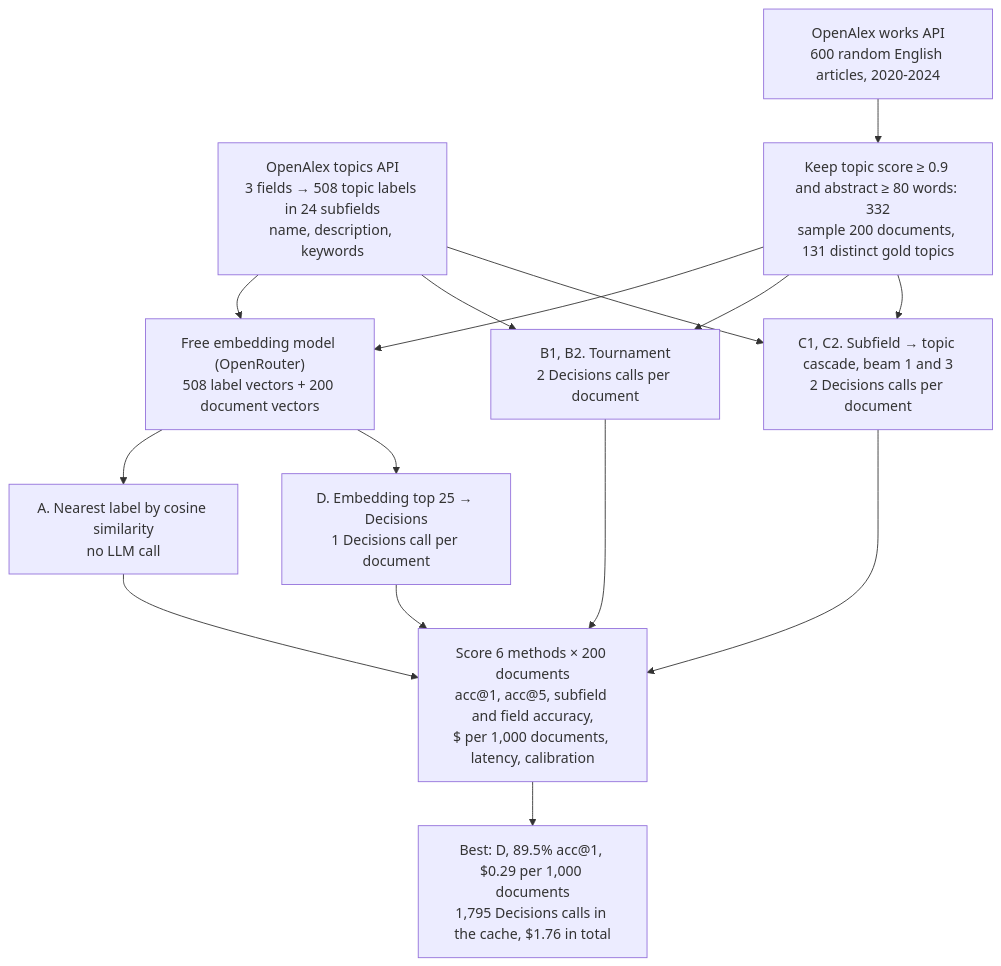
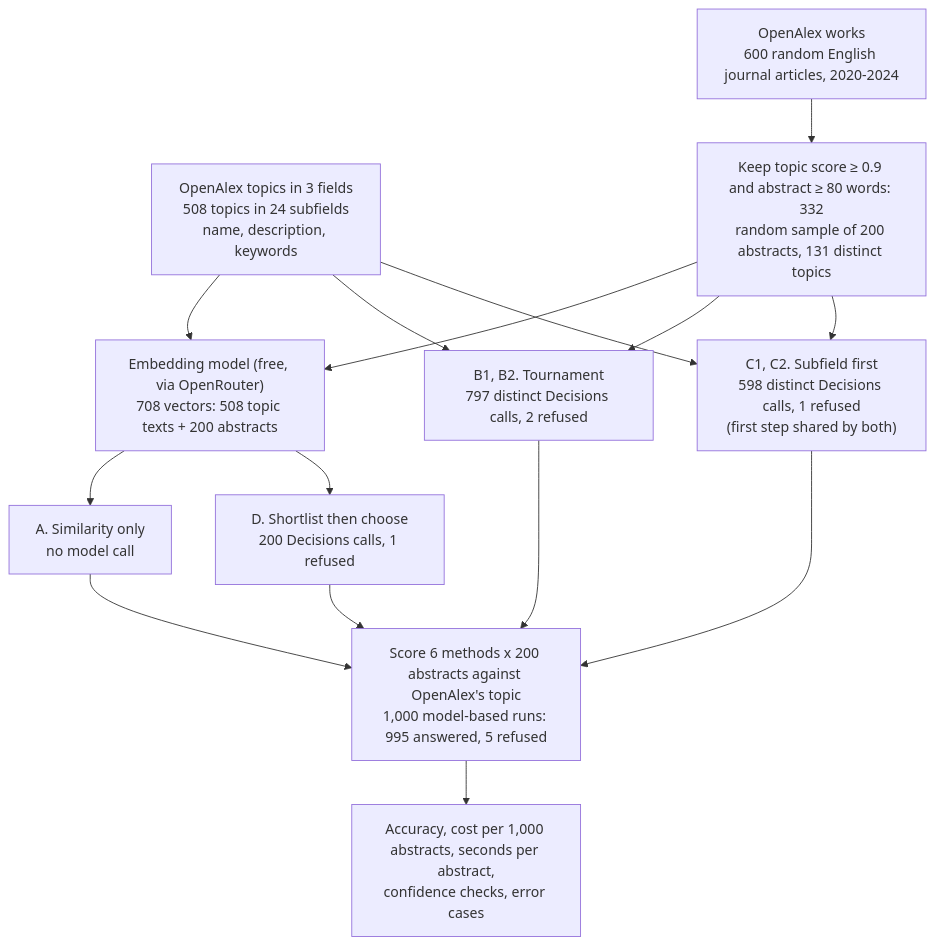
The first of 2 diagrams in notebooks/01-decisions-api-500-label-classification/README.md (k-sandhu/experiment-notebooks), drawn with Mermaid before and after one commit. The commit also changed other lines of this file and 2 other files, not shown here.

````diff
--- a/notebooks/01-decisions-api-500-label-classification/README.md
+++ b/notebooks/01-decisions-api-500-label-classification/README.md
@@ -14,26 +114,26 @@
 ```mermaid
 flowchart TD
-    topics["OpenAlex topics API<br/>3 fields → 508 topic labels in 24 subfields<br/>name, description, keywords"]
-    works["OpenAlex works API<br/>600 random English articles, 2020-2024"]
-    filt["Keep topic score ≥ 0.9 and abstract ≥ 80 words: 332<br/>sample 200 documents, 131 distinct gold topics"]
-    emb["Free embedding model (OpenRouter)<br/>508 label vectors + 200 document vectors"]
-    A["A. Nearest label by cosine similarity<br/>no LLM call"]
-    B["B1, B2. Tournament<br/>2 Decisions calls per document"]
-    C["C1, C2. Subfield → topic cascade, beam 1 and 3<br/>2 Decisions calls per document"]
-    D["D. Embedding top 25 → Decisions<br/>1 Decisions call per document"]
-    score["Score 6 methods × 200 documents<br/>acc@1, acc@5, subfield and field accuracy,<br/>$ per 1,000 documents, latency, calibration"]
-    res["Best: D, 89.5% acc@1, $0.29 per 1,000 documents<br/>1,795 Decisions calls in the cache, $1.76 in total"]
+    topics["OpenAlex topics in 3 fields<br/>508 topics in 24 subfields<br/>name, description, keywords"]
+    works["OpenAlex works<br/>600 random English journal articles, 2020-2024"]
+    filt["Keep topic score ≥ 0.9 and abstract ≥ 80 words: 332<br/>random sample of 200 abstracts, 131 distinct topics"]
+    emb["Embedding model (free, via OpenRouter)<br/>708 vectors: 508 topic texts + 200 abstracts"]
+    A["A. Similarity only<br/>no model call"]
+    D["D. Shortlist then choose<br/>200 Decisions calls, 1 refused"]
+    B["B1, B2. Tournament<br/>797 distinct Decisions calls, 2 refused"]
+    C["C1, C2. Subfield first<br/>598 distinct Decisions calls, 1 refused<br/>(first step shared by both)"]
+    score["Score 6 methods x 200 abstracts against OpenAlex's topic<br/>1,000 model-based runs: 995 answered, 5 refused"]
+    res["Accuracy, cost per 1,000 abstracts, seconds per abstract,<br/>confidence checks, error cases"]
     topics --> emb
     works --> filt --> emb
     emb --> A
     emb --> D
     topics --> B
     topics --> C
     filt --> B
     filt --> C
     A --> score
     B --> score
     C --> score
     D --> score
     score --> res
 ```
````
